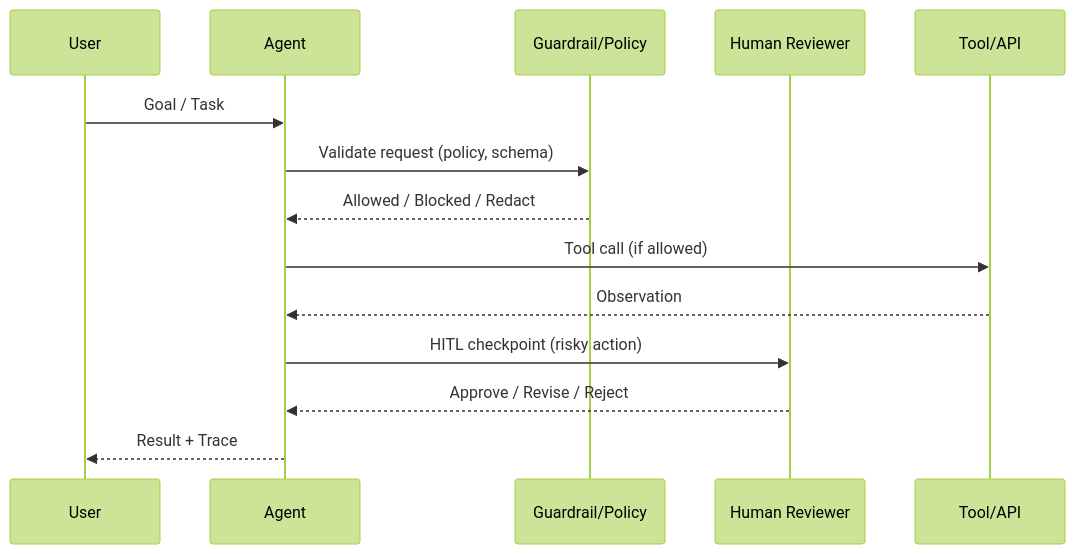
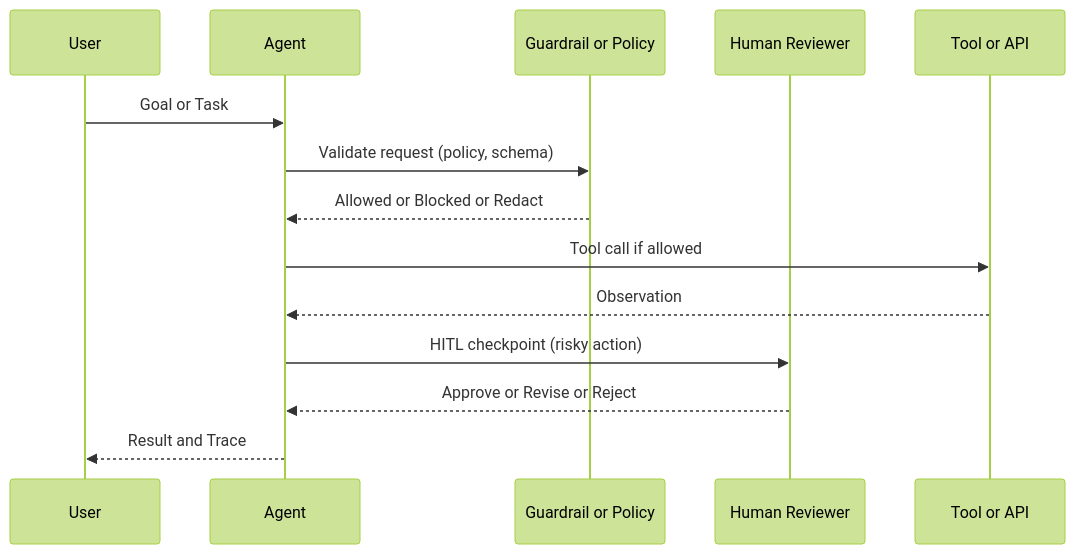
One commit to jsmoelling/AgenticAI changed the fifth of 9 diagrams in Agents_Visualization.md. Above: the diagram before and after it, drawn with Mermaid (forest theme). The commit also changed other lines of this file, not shown here.

````diff
--- a/Agents_Visualization.md
+++ b/Agents_Visualization.md
@@ -127,17 +141,17 @@
 ```mermaid
 sequenceDiagram
   participant U as User
   participant A as Agent
-  participant G as Guardrail/Policy
+  participant G as Guardrail or Policy
   participant H as Human Reviewer
-  participant T as Tool/API
+  participant T as Tool or API
 
-  U->>A: Goal / Task
+  U->>A: Goal or Task
   A->>G: Validate request (policy, schema)
-  G-->>A: Allowed / Blocked / Redact
-  A->>T: Tool call (if allowed)
+  G-->>A: Allowed or Blocked or Redact
+  A->>T: Tool call if allowed
   T-->>A: Observation
   A->>H: HITL checkpoint (risky action)
-  H-->>A: Approve / Revise / Reject
-  A-->>U: Result + Trace
+  H-->>A: Approve or Revise or Reject
+  A-->>U: Result and Trace
 ```
````
